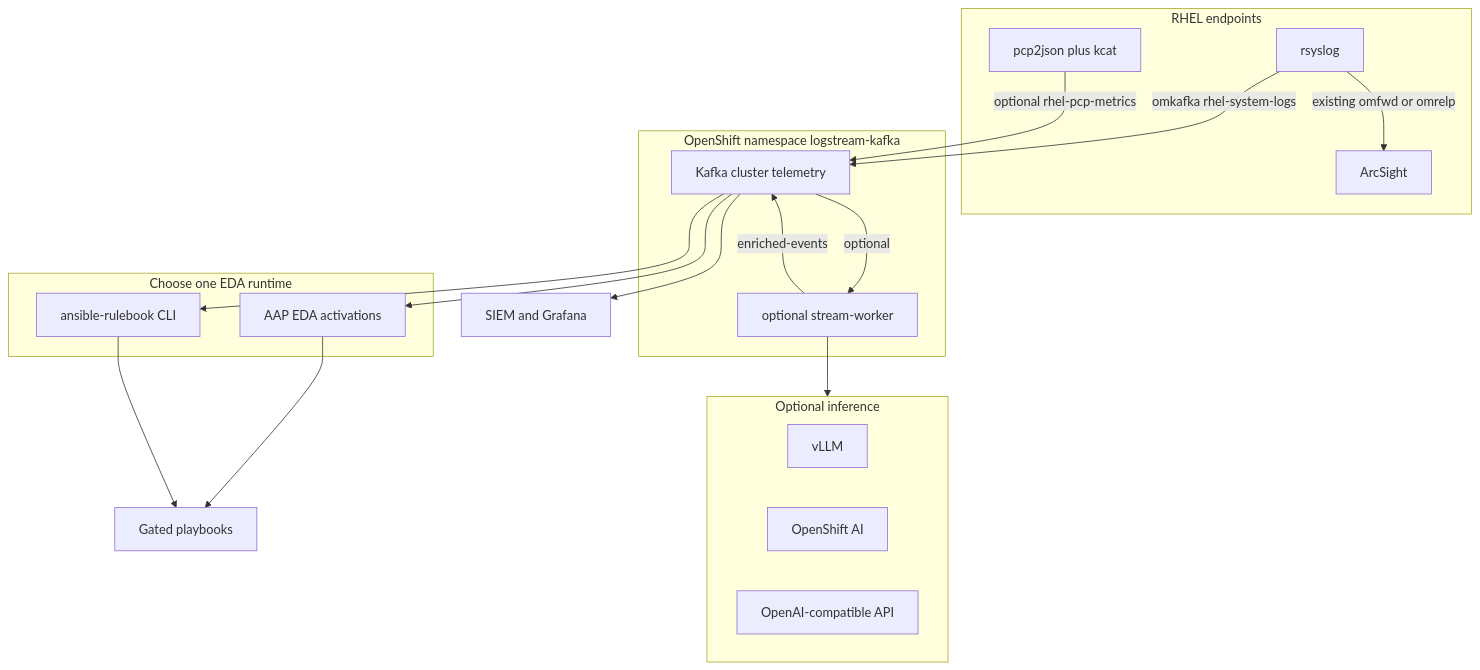
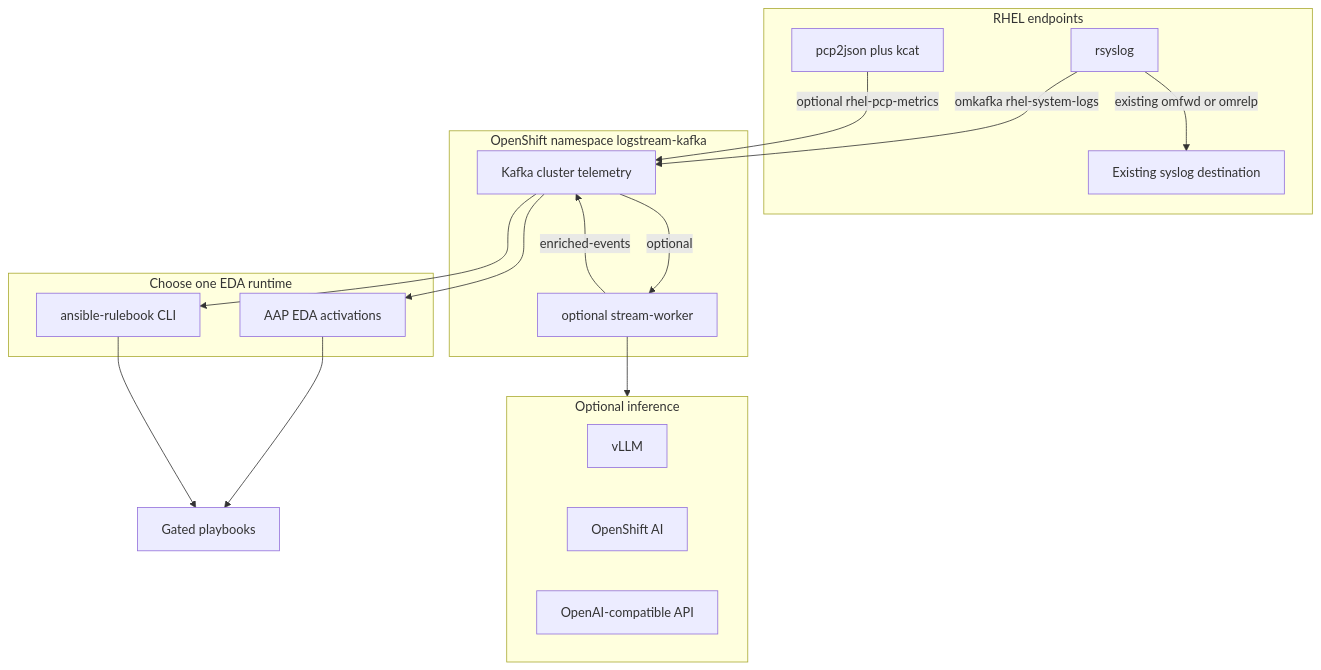
One commit to chrismulderza/logstream-kafka-eda-ai changed the diagram in docs/overview/architecture.md. Above: the diagram before and after it, drawn with Mermaid. The commit also changed other lines of this file and 26 other files, not shown here.

````diff
--- a/docs/overview/architecture.md
+++ b/docs/overview/architecture.md
@@ -17,33 +17,31 @@
 ```mermaid
 flowchart TB
   subgraph edge [RHEL endpoints]
     rsyslog[rsyslog]
     pcp[pcp2json plus kcat]
-    arcsight[ArcSight]
+    existing[Existing syslog destination]
   end
   subgraph ocp [OpenShift namespace logstream-kafka]
     kafka[Kafka cluster telemetry]
     worker[optional stream-worker]
   end
   subgraph inference [Optional inference]
     vllm[vLLM]
     rhoai[OpenShift AI]
     oai[OpenAI-compatible API]
   end
   subgraph automation [Choose one EDA runtime]
     aap[AAP EDA activations]
     cli[ansible-rulebook CLI]
   end
-  siem[SIEM and Grafana]
   rsyslog -->|omkafka rhel-system-logs| kafka
-  rsyslog -->|existing omfwd or omrelp| arcsight
+  rsyslog -->|existing omfwd or omrelp| existing
   pcp -->|optional rhel-pcp-metrics| kafka
   kafka -->|optional| worker
   worker --> inference
   worker -->|enriched-events| kafka
   kafka --> aap
   kafka --> cli
-  kafka --> siem
   aap --> pb[Gated playbooks]
   cli --> pb
 ```
````
